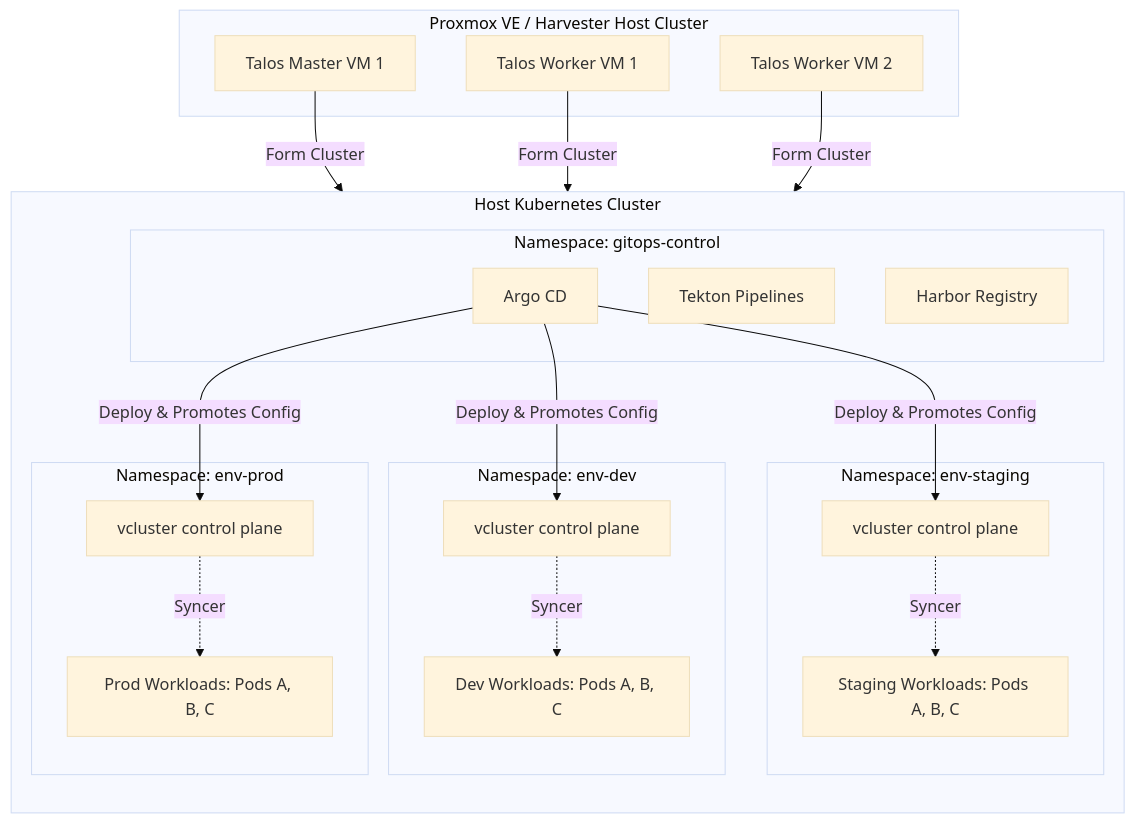
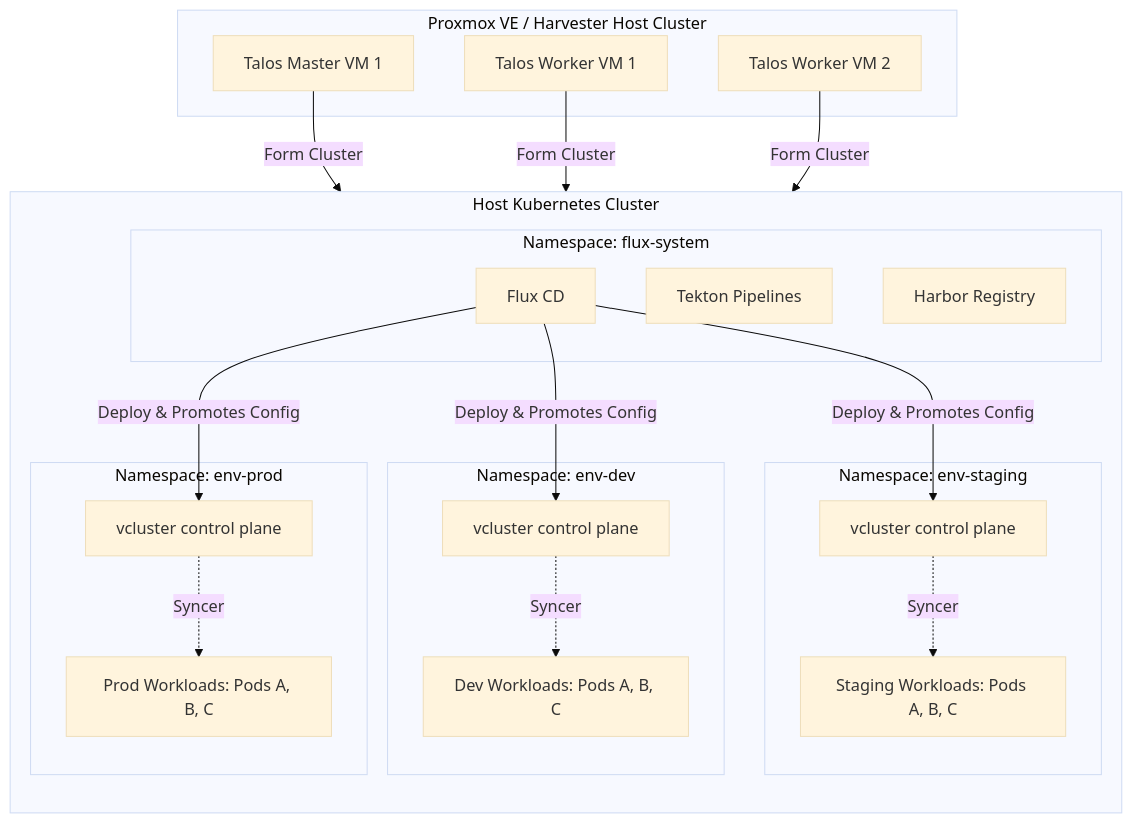
One commit to TineoC/homelab changed the second of 2 diagrams in HOMELAB.md. Above: the diagram before and after it, drawn with Mermaid (base theme). The commit also changed other lines of this file and 41 other files, not shown here.

First line of the commit message:
Migrate GitOps engine from Argo CD to Flux

````diff
--- a/HOMELAB.md
+++ b/HOMELAB.md
@@ -157,42 +157,42 @@
 ```mermaid
 graph TD
     subgraph ProxmoxVE [Proxmox VE / Harvester Host Cluster]
         VM1[Talos Master VM 1]
         VM2[Talos Worker VM 1]
         VM3[Talos Worker VM 2]
     end
     
     subgraph HostCluster [Host Kubernetes Cluster]
         direction TB
-        subgraph AdminNS [Namespace: gitops-control]
-            ArgoCD[Argo CD]
+        subgraph AdminNS [Namespace: flux-system]
+            Flux[Flux CD]
             Tekton[Tekton Pipelines]
             Harbor[Harbor Registry]
         end
         
         subgraph DevNS [Namespace: env-dev]
             VC_Dev[vcluster control plane]
             Workload_Dev[Dev Workloads: Pods A, B, C]
         end
         
         subgraph StgNS [Namespace: env-staging]
             VC_Stg[vcluster control plane]
             Workload_Stg[Staging Workloads: Pods A, B, C]
         end
         
         subgraph ProdNS [Namespace: env-prod]
             VC_Prod[vcluster control plane]
             Workload_Prod[Prod Workloads: Pods A, B, C]
         end
     end
     
     VM1 & VM2 & VM3 -->|Form Cluster| HostCluster
     
     %% Virtual cluster mappings
     VC_Dev -.->|Syncer| Workload_Dev
     VC_Stg -.->|Syncer| Workload_Stg
     VC_Prod -.->|Syncer| Workload_Prod
     
     %% GitOps management
-    ArgoCD -->|Deploy & Promotes Config| VC_Dev & VC_Stg & VC_Prod
+    Flux -->|Deploy & Promotes Config| VC_Dev & VC_Stg & VC_Prod
 ```
````
